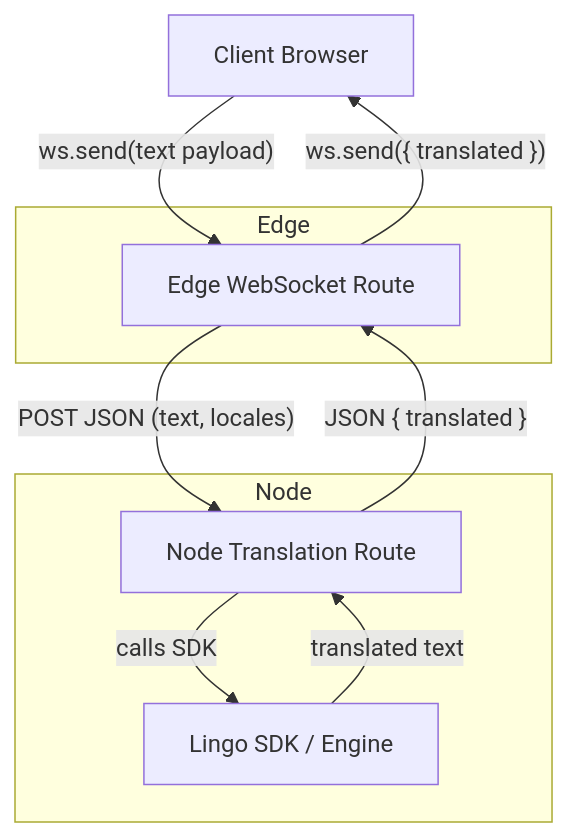
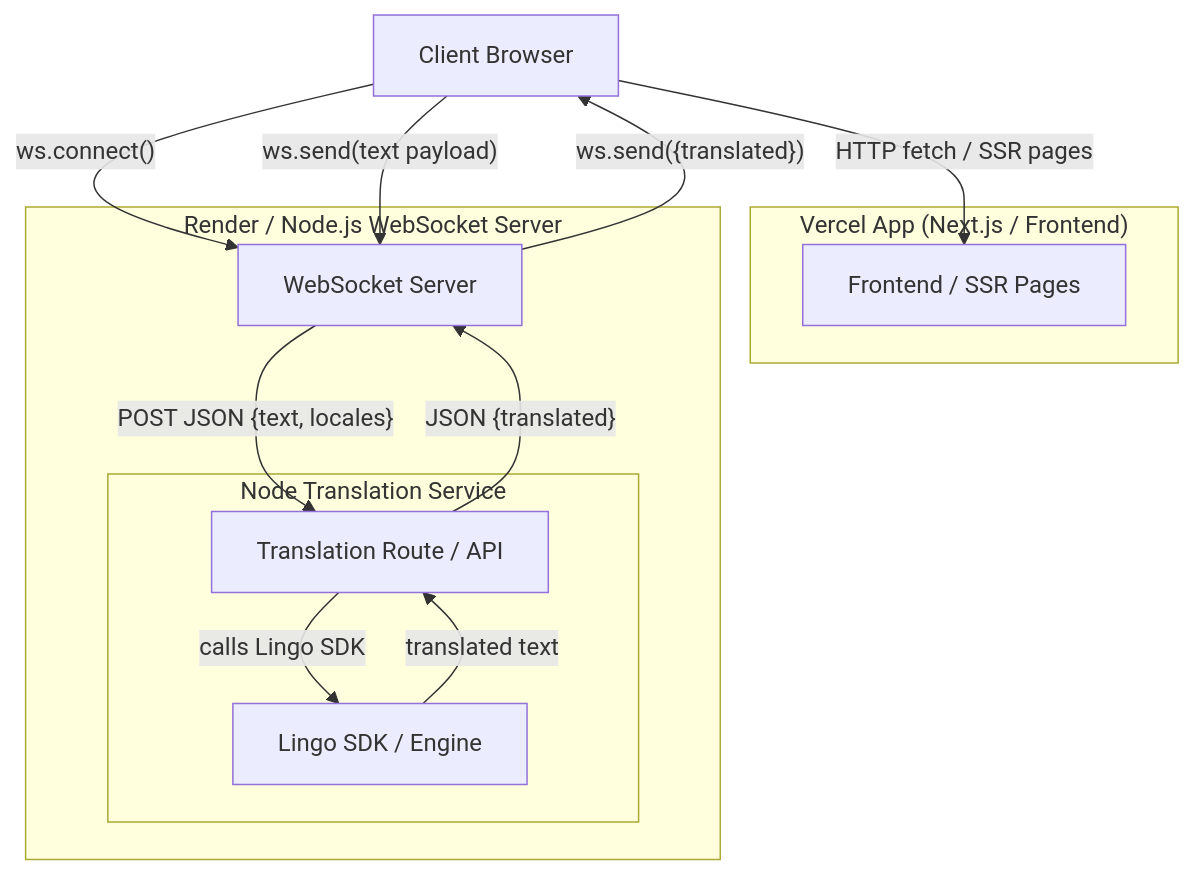
The diagram in docs/live-translation-architecture.md (ShubhamOulkar/lingo.video), drawn with Mermaid before and after one commit. The commit also changed other lines of this file and 33 other files, not shown here.

````diff
--- a/docs/live-translation-architecture.md
+++ b/docs/live-translation-architecture.md
@@ -15,17 +27,26 @@
 ```mermaid
 flowchart TD
   Client[Client Browser]
-  subgraph Edge
-    WS[Edge WebSocket Route]
+  
+  subgraph VercelApp["Vercel App (Next.js / Frontend)"]
+    FE[Frontend / SSR Pages]
   end
-  subgraph Node
-    Translate[Node Translation Route]
-    LingoSDK[Lingo SDK / Engine]
+  
+  subgraph WS_Server["Render / Node.js WebSocket Server"]
+    WS[WebSocket Server]
+    subgraph NodeTranslate["Node Translation Service"]
+      Translate[Translation Route / API]
+      LingoSDK[Lingo SDK / Engine]
+    end
   end
+  
+  Client -- "ws.connect()" --> WS
   Client -- "ws.send(text payload)" --> WS
-  WS -- "POST JSON (text, locales)" --> Translate
-  Translate -- "calls SDK" --> LingoSDK
+  WS -- "POST JSON {text, locales}" --> Translate
+  Translate -- "calls Lingo SDK" --> LingoSDK
   LingoSDK -- "translated text" --> Translate
-  Translate -- "JSON { translated }" --> WS
-  WS -- "ws.send({ translated })" --> Client
+  Translate -- "JSON {translated}" --> WS
+  WS -- "ws.send({translated})" --> Client
+  Client -- "HTTP fetch / SSR pages" --> FE
+
 ```
````
